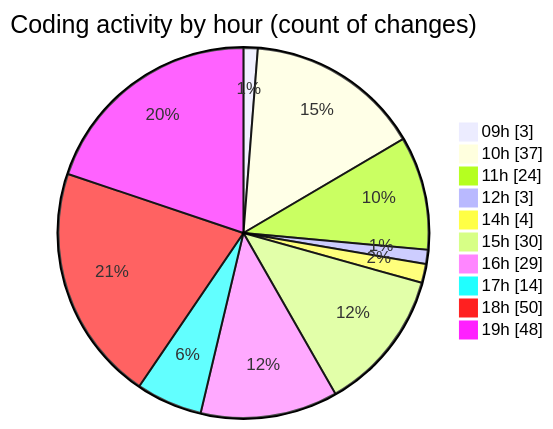
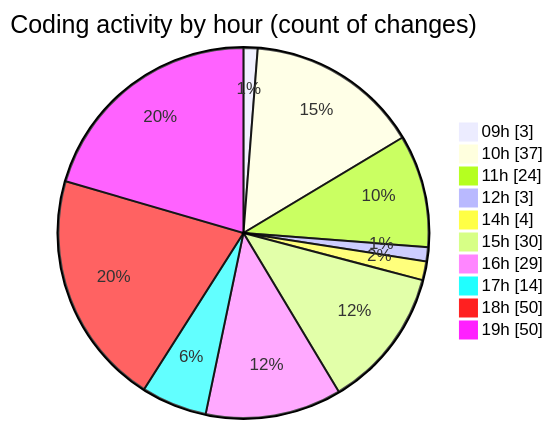
One commit to CELIANVF/code-tracking changed the second of 2 diagrams in 2025-05-02/ecodeli/README.md. Above: the diagram before and after it, drawn with Mermaid. The commit also changed other lines of this file and 1 other file, not shown here.

````diff
--- a/2025-05-02/ecodeli/README.md
+++ b/2025-05-02/ecodeli/README.md
@@ -106,14 +106,14 @@
 ```mermaid
 pie showData
 title Coding activity by hour (count of changes)
 "09h" : 3
 "10h" : 37
 "11h" : 24
 "12h" : 3
 "14h" : 4
 "15h" : 30
 "16h" : 29
 "17h" : 14
 "18h" : 50
-"19h" : 48
+"19h" : 50
 ```
````
